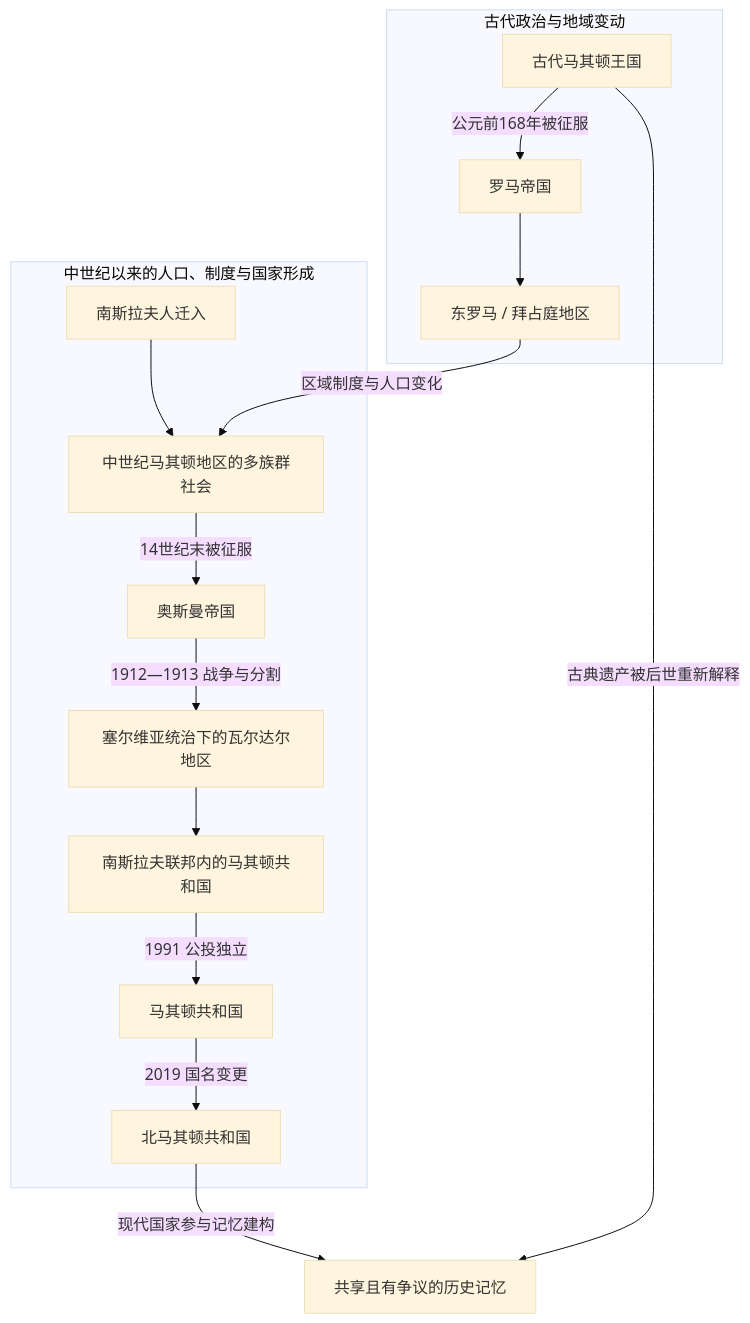
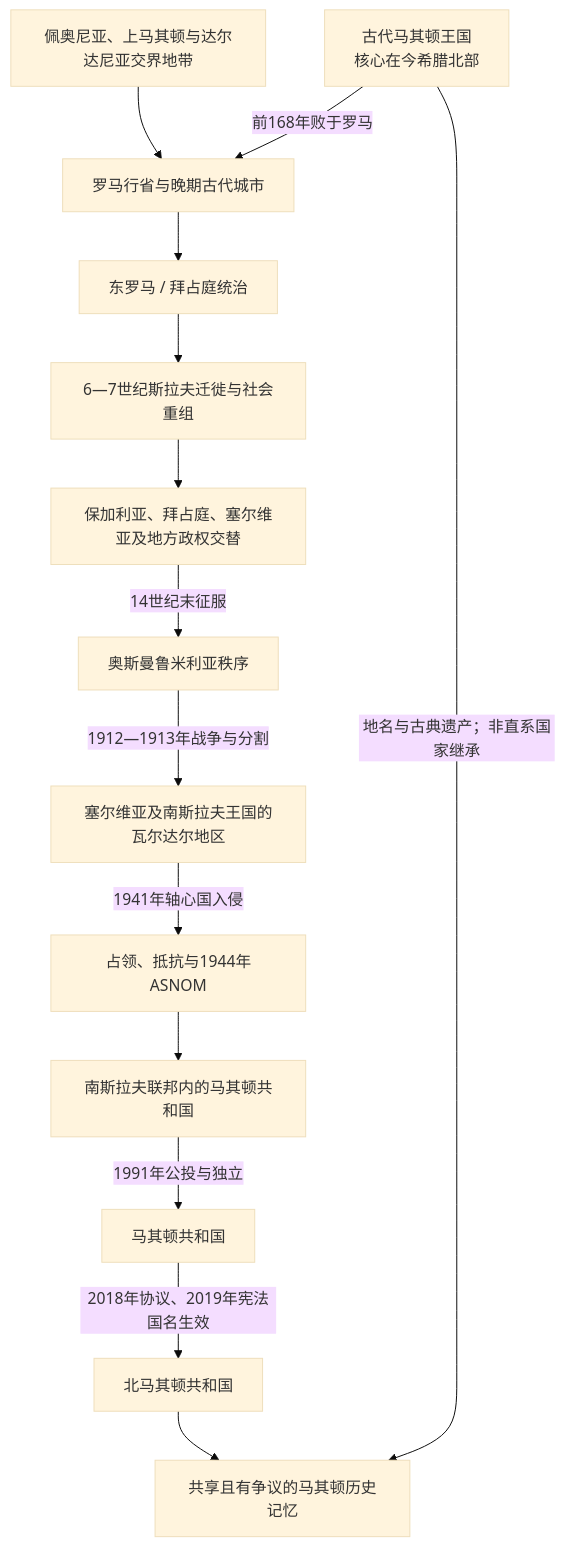
The diagram in 人文科学/历史/欧洲/东南欧与巴尔干/北马其顿/README.md (tianlan-dev/learning-notes), drawn with Mermaid (base theme) before and after one commit. The commit also changed other lines of this file and 1417 other files, not shown here.

````diff
--- a/人文科学/历史/欧洲/东南欧与巴尔干/北马其顿/README.md
+++ b/人文科学/历史/欧洲/东南欧与巴尔干/北马其顿/README.md
@@ -13,18 +13,16 @@
 ```mermaid
 flowchart TD
-    subgraph AncientLine["古代政治与地域变动"]
-        AncientKingdom["古代马其顿王国"] -->|"公元前168年被征服"| Rome["罗马帝国"]
-        Rome --> EastRome["东罗马 / 拜占庭地区"]
-    end
-    subgraph FormationLine["中世纪以来的人口、制度与国家形成"]
-        SouthSlavs["南斯拉夫人迁入"] --> Medieval["中世纪马其顿地区的多族群社会"]
-        Medieval -->|"14世纪末被征服"| Ottoman["奥斯曼帝国"]
-        Ottoman -->|"1912—1913 战争与分割"| Vardar["塞尔维亚统治下的瓦尔达尔地区"]
-        Vardar --> YugRepublic["南斯拉夫联邦内的马其顿共和国"]
-        YugRepublic -->|"1991 公投独立"| Republic["马其顿共和国"]
-        Republic -->|"2019 国名变更"| NorthMacedonia["北马其顿共和国"]
-    end
-    EastRome -->|"区域制度与人口变化"| Medieval
-    AncientKingdom -->|"古典遗产被后世重新解释"| Memory["共享且有争议的历史记忆"]
-    NorthMacedonia -->|"现代国家参与记忆建构"| Memory
+    Paeonia["佩奥尼亚、上马其顿与达尔达尼亚交界地带"] --> Roman["罗马行省与晚期古代城市"]
+    Ancient["古代马其顿王国<br/>核心在今希腊北部"] -->|前168年败于罗马| Roman
+    Roman --> Byzantium["东罗马 / 拜占庭统治"]
+    Byzantium --> Slavic["6—7世纪斯拉夫迁徙与社会重组"]
+    Slavic --> Medieval["保加利亚、拜占庭、塞尔维亚及地方政权交替"]
+    Medieval -->|14世纪末征服| Ottoman["奥斯曼鲁米利亚秩序"]
+    Ottoman -->|1912—1913年战争与分割| Vardar["塞尔维亚及南斯拉夫王国的瓦尔达尔地区"]
+    Vardar -->|1941年轴心国入侵| War["占领、抵抗与1944年ASNOM"]
+    War --> SRM["南斯拉夫联邦内的马其顿共和国"]
+    SRM -->|1991年公投与独立| RM["马其顿共和国"]
+    RM -->|2018年协议、2019年宪法国名生效| RNM["北马其顿共和国"]
+    Ancient -->|地名与古典遗产；非直系国家继承| Memory["共享且有争议的马其顿历史记忆"]
+    RNM --> Memory
 ```
````
